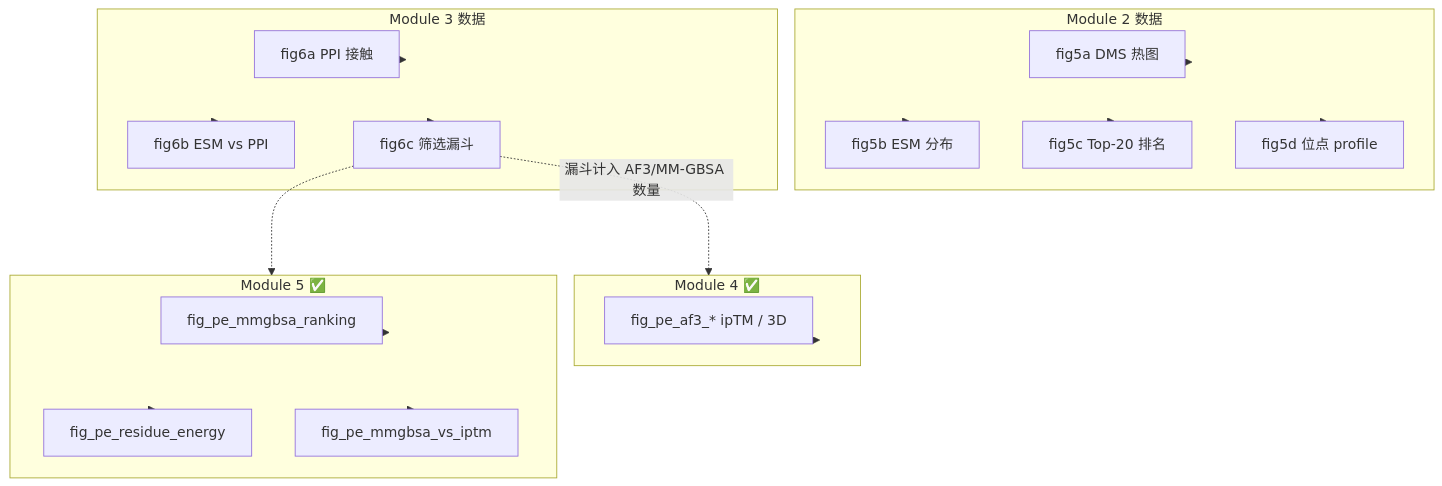
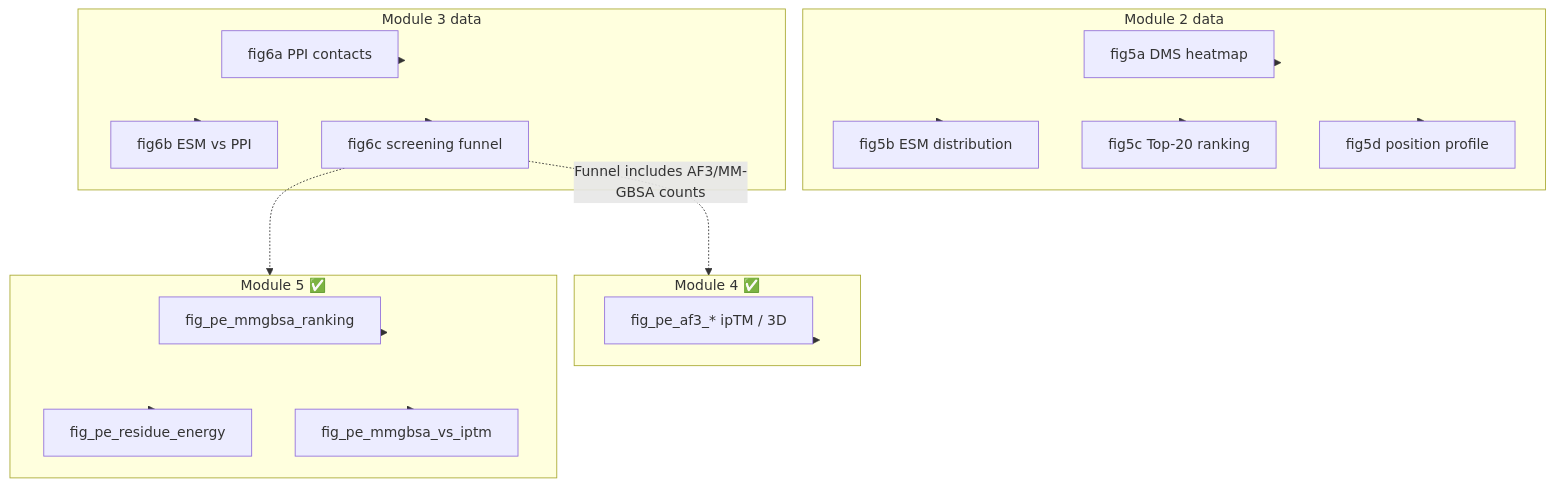
One commit to Tepeng0213/OmniScreen-AI changed the second of 2 diagrams in docs/workflows/PE_MODULES.md. Above: the diagram before and after it, drawn with Mermaid. The commit also changed other lines of this file and 16 other files, not shown here.

````diff
--- a/docs/workflows/PE_MODULES.md
+++ b/docs/workflows/PE_MODULES.md
@@ -617,28 +617,28 @@
 ```mermaid
 flowchart TB
-    subgraph M2["Module 2 数据"]
-        F5a[fig5a DMS 热图]
-        F5b[fig5b ESM 分布]
-        F5c[fig5c Top-20 排名]
-        F5d[fig5d 位点 profile]
+    subgraph M2["Module 2 data"]
+        F5a[fig5a DMS heatmap]
+        F5b[fig5b ESM distribution]
+        F5c[fig5c Top-20 ranking]
+        F5d[fig5d position profile]
     end
-    subgraph M3["Module 3 数据"]
-        F6a[fig6a PPI 接触]
+    subgraph M3["Module 3 data"]
+        F6a[fig6a PPI contacts]
         F6b[fig6b ESM vs PPI]
-        F6c[fig6c 筛选漏斗]
+        F6c[fig6c screening funnel]
     end
     subgraph M4["Module 4 ✅"]
         F7a[fig_pe_af3_* ipTM / 3D]
     end
     subgraph M5["Module 5 ✅"]
         F7b[fig_pe_mmgbsa_ranking]
         F7c[fig_pe_residue_energy]
         F7d[fig_pe_mmgbsa_vs_iptm]
     end
     M2 --> F5a & F5b & F5c & F5d
     M3 --> F6a & F6b & F6c
     M4 --> F7a
     M5 --> F7b & F7c & F7d
-    F6c -.->|漏斗计入 AF3/MM-GBSA 数量| M4
+    F6c -.->|Funnel includes AF3/MM-GBSA counts| M4
     F6c -.-> M5
 ```
````
